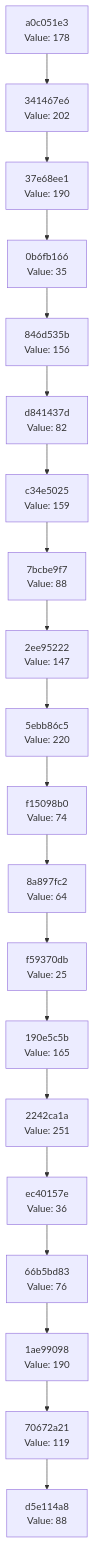
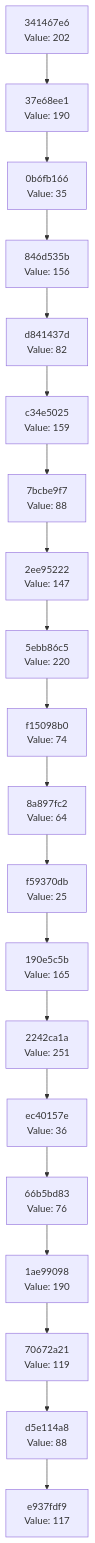
Before and after one commit to Abhisheksinha1506/hash-chain-evolver: the diagram in docs/CHAIN_VISUALIZATION.md, drawn with Mermaid. The commit also changed 2 other files, not shown here.

Commit message:
Evolution step: hash 0x75 → action executed

````diff
--- a/docs/CHAIN_VISUALIZATION.md
+++ b/docs/CHAIN_VISUALIZATION.md
@@ -3,42 +3,42 @@
 ```mermaid
 graph TD
-    C0["d5e114a8<br/>Value: 88"]
-    C1["70672a21<br/>Value: 119"]
+    C0["e937fdf9<br/>Value: 117"]
+    C1["d5e114a8<br/>Value: 88"]
     C1 --> C0
-    C2["1ae99098<br/>Value: 190"]
+    C2["70672a21<br/>Value: 119"]
     C2 --> C1
-    C3["66b5bd83<br/>Value: 76"]
+    C3["1ae99098<br/>Value: 190"]
     C3 --> C2
-    C4["ec40157e<br/>Value: 36"]
+    C4["66b5bd83<br/>Value: 76"]
     C4 --> C3
-    C5["2242ca1a<br/>Value: 251"]
+    C5["ec40157e<br/>Value: 36"]
     C5 --> C4
-    C6["190e5c5b<br/>Value: 165"]
+    C6["2242ca1a<br/>Value: 251"]
     C6 --> C5
-    C7["f59370db<br/>Value: 25"]
+    C7["190e5c5b<br/>Value: 165"]
     C7 --> C6
-    C8["8a897fc2<br/>Value: 64"]
+    C8["f59370db<br/>Value: 25"]
     C8 --> C7
-    C9["f15098b0<br/>Value: 74"]
+    C9["8a897fc2<br/>Value: 64"]
     C9 --> C8
-    C10["5ebb86c5<br/>Value: 220"]
+    C10["f15098b0<br/>Value: 74"]
     C10 --> C9
-    C11["2ee95222<br/>Value: 147"]
+    C11["5ebb86c5<br/>Value: 220"]
     C11 --> C10
-    C12["7bcbe9f7<br/>Value: 88"]
+    C12["2ee95222<br/>Value: 147"]
     C12 --> C11
-    C13["c34e5025<br/>Value: 159"]
+    C13["7bcbe9f7<br/>Value: 88"]
     C13 --> C12
-    C14["d841437d<br/>Value: 82"]
+    C14["c34e5025<br/>Value: 159"]
     C14 --> C13
-    C15["846d535b<br/>Value: 156"]
+    C15["d841437d<br/>Value: 82"]
     C15 --> C14
-    C16["0b6fb166<br/>Value: 35"]
+    C16["846d535b<br/>Value: 156"]
     C16 --> C15
-    C17["37e68ee1<br/>Value: 190"]
+    C17["0b6fb166<br/>Value: 35"]
     C17 --> C16
-    C18["341467e6<br/>Value: 202"]
+    C18["37e68ee1<br/>Value: 190"]
     C18 --> C17
-    C19["a0c051e3<br/>Value: 178"]
+    C19["341467e6<br/>Value: 202"]
     C19 --> C18
 ```
````
